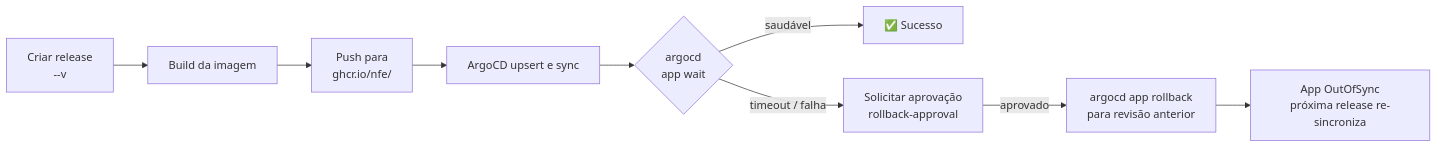
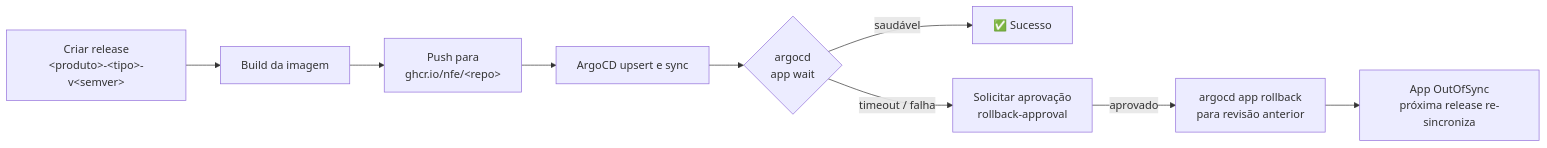
The second of 3 diagrams in docs/production-repo-conventions.md (nfe/.github), drawn with Mermaid before and after one commit. The commit also changed other lines of this file, not shown here.

````diff
--- a/docs/production-repo-conventions.md
+++ b/docs/production-repo-conventions.md
@@ -148,11 +145,11 @@
 ```mermaid
 flowchart LR
-  A[Criar release<br/><produto>-<tipo>-v<semver>] --> B[Build da imagem]
-  B --> C[Push para<br/>ghcr.io/nfe/<repo>]
+  A[Criar release<br/>&lt;produto&gt;-&lt;tipo&gt;-v&lt;semver&gt;] --> B[Build da imagem]
+  B --> C[Push para<br/>ghcr.io/nfe/&lt;repo&gt;]
   C --> D[ArgoCD upsert e sync]
   D --> E{argocd<br/>app wait}
   E -->|saudável| F[✅ Sucesso]
   E -->|timeout / falha| G[Solicitar aprovação<br/>rollback-approval]
   G -->|aprovado| H[argocd app rollback<br/>para revisão anterior]
   H --> I[App OutOfSync<br/>próxima release re-sincroniza]
 ```
````
